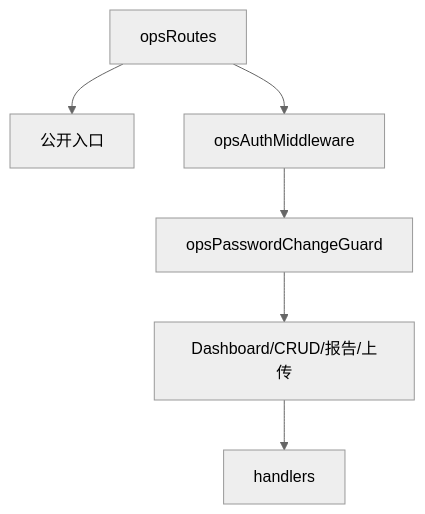
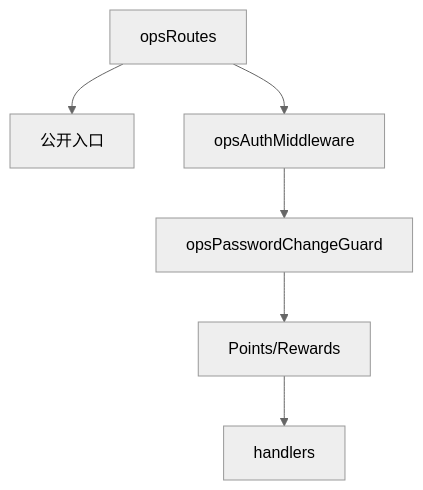
Before and after one commit to imatrixme/ikanyue: the diagram in ikanyue.mapi.hono/src/routes/ops/index.js.md, drawn with Mermaid (neutral theme). The commit also changed other lines of this file and 32 other files, not shown here.

````diff
--- a/ikanyue.mapi.hono/src/routes/ops/index.js.md
+++ b/ikanyue.mapi.hono/src/routes/ops/index.js.md
@@ -5,8 +5,8 @@
 ```mermaid
 flowchart TD
     A[opsRoutes] --> B[公开入口]
     A --> C[opsAuthMiddleware]
     C --> D[opsPasswordChangeGuard]
-    D --> E[Dashboard/CRUD/报告/上传]
+    D --> E[Points/Rewards]
     E --> F[handlers]
 ```
````
